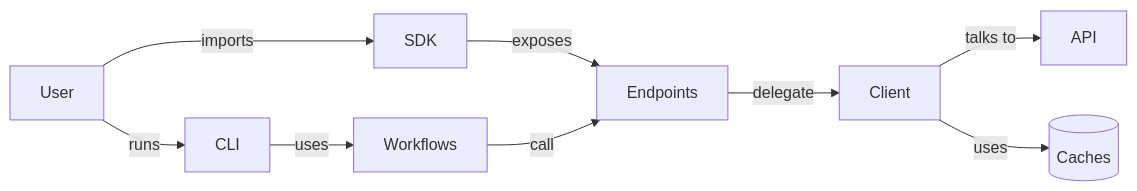
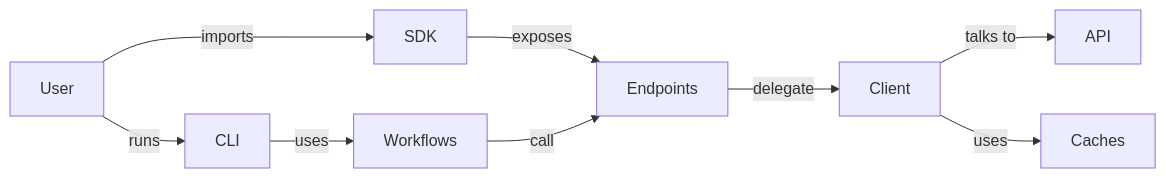
Before and after one commit to fderuiter/imednet-python-sdk: the second of 3 diagrams in docs/architecture.rst, drawn with Mermaid. The commit also changed other lines of this file and 6 other files, not shown here.

```diff
--- a/docs/architecture.rst
+++ b/docs/architecture.rst
@@ -66,11 +66,11 @@
 .. mermaid::
 
    graph LR
        User --> |runs| CLI
        User --> |imports| SDK
        CLI --> |uses| Workflows
        SDK --> |exposes| Endpoints
        Workflows --> |call| Endpoints
        Endpoints --> |delegate| Client
        Client --> |talks to| API
-       Client --> |uses| Cache[(Caches)]
+       Client --> |uses| Cache[Caches]
```
